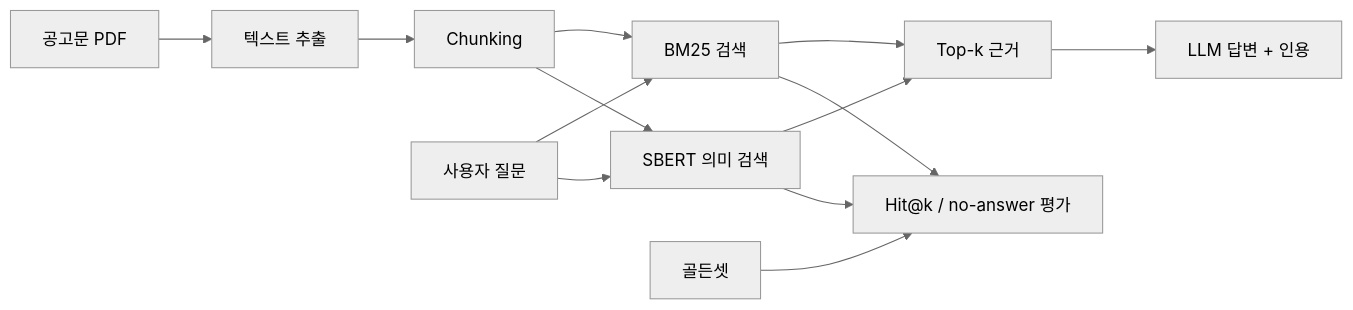
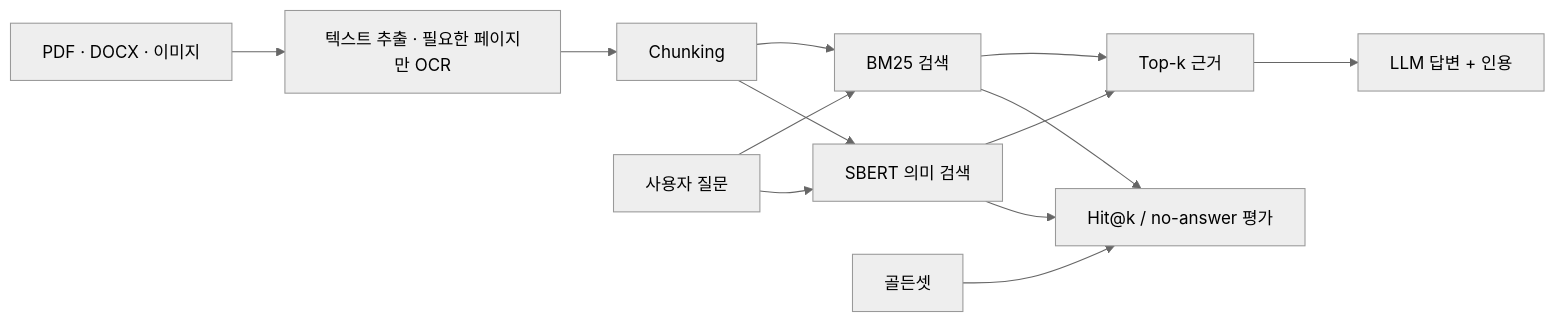
The diagram in README.md (hamjinoo/gongo-rag), drawn with Mermaid (neutral theme) before and after one commit. The commit also changed other lines of this file and 9 other files, not shown here.

````diff
--- a/README.md
+++ b/README.md
@@ -28,15 +28,15 @@
 ```mermaid
 flowchart LR
-    A["공고문 PDF"] --> B["텍스트 추출"]
+    A["PDF · DOCX · 이미지"] --> B["텍스트 추출 · 필요한 페이지만 OCR"]
     B --> C["Chunking"]
     C --> D["BM25 검색"]
     C --> E["SBERT 의미 검색"]
     Q["사용자 질문"] --> D
     Q --> E
     D --> F["Top-k 근거"]
     E --> F
     F --> G["LLM 답변 + 인용"]
     H["골든셋"] --> I["Hit@k / no-answer 평가"]
     D --> I
     E --> I
 ```
````
